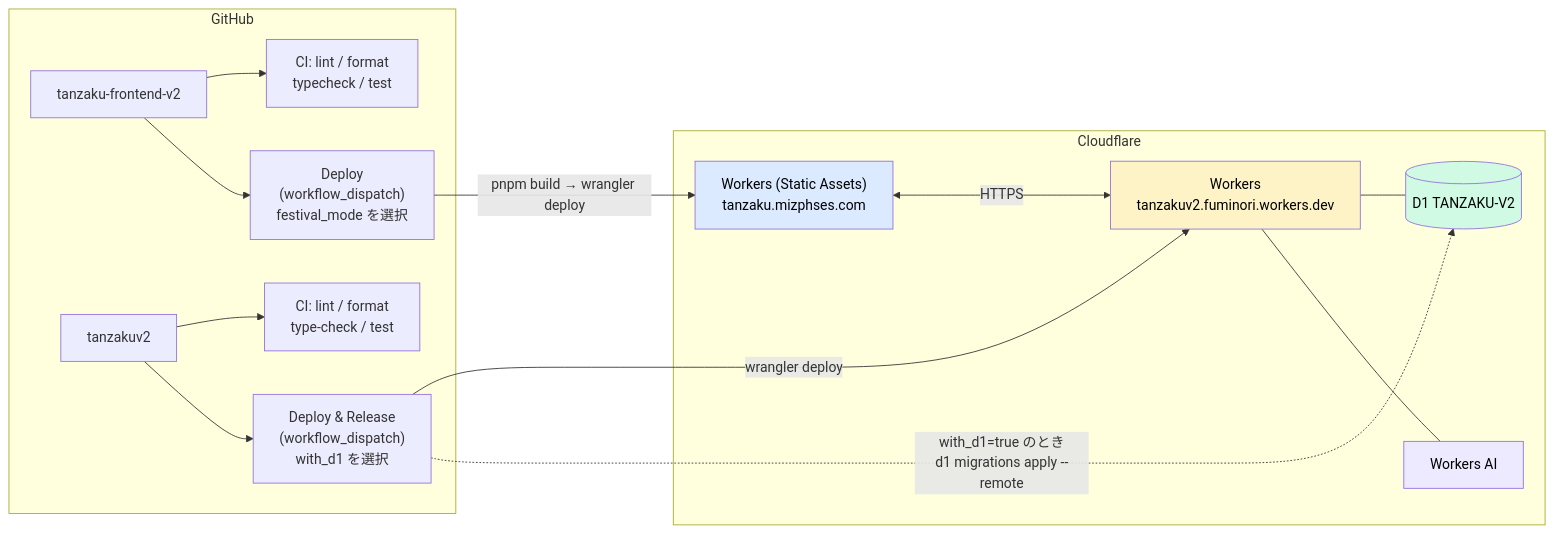
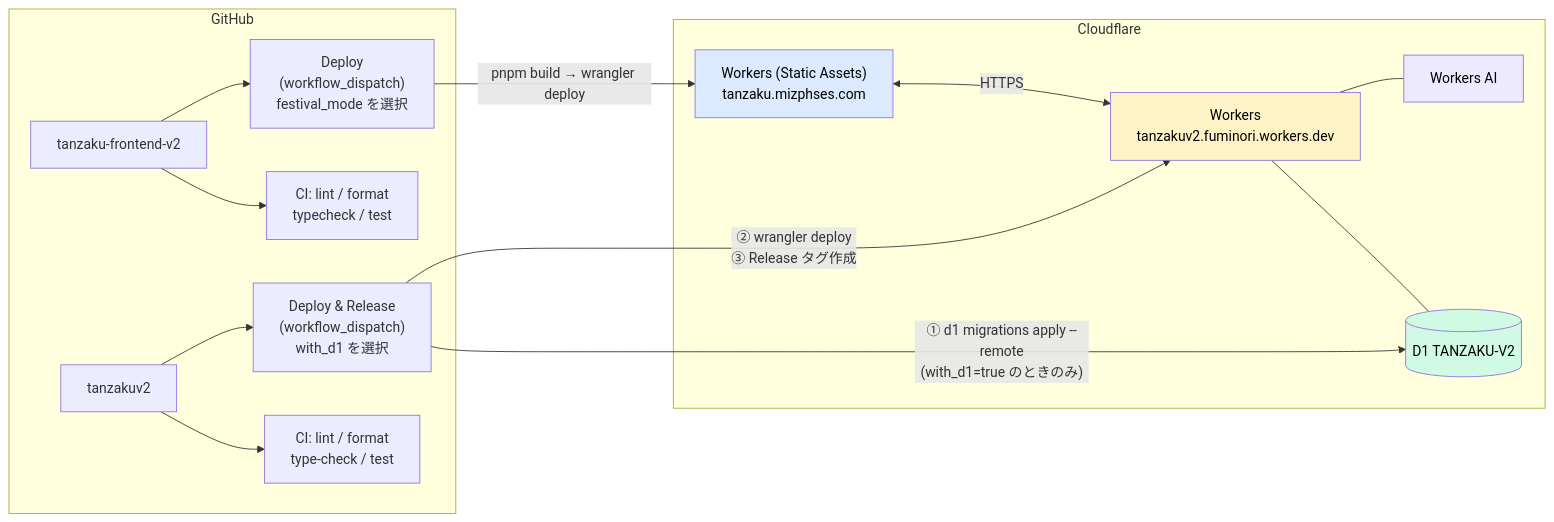
Before and after one commit to itl-marubu/tanzakuv2: the ninth of 9 diagrams in docs/system-overview.md, drawn with Mermaid. The commit also changed other lines of this file, not shown here.

````diff
--- a/docs/system-overview.md
+++ b/docs/system-overview.md
@@ -530,32 +532,33 @@
 ```mermaid
 graph LR
     subgraph GH["GitHub"]
         FE_Repo["tanzaku-frontend-v2"]
         BE_Repo["tanzakuv2"]
         CI_FE["CI: lint / format<br/>typecheck / test"]
         CI_BE["CI: lint / format<br/>type-check / test"]
         WF_FE["Deploy<br/>(workflow_dispatch)<br/>festival_mode を選択"]
         WF_BE["Deploy & Release<br/>(workflow_dispatch)<br/>with_d1 を選択"]
     end
 
     subgraph CF["Cloudflare"]
         CF_FE["Workers (Static Assets)<br/>tanzaku.mizphses.com"]
         CF_BE["Workers<br/>tanzakuv2.fuminori.workers.dev"]
         D1[("D1 TANZAKU-V2")]
         CF_AI["Workers AI"]
     end
 
     FE_Repo --> CI_FE
     BE_Repo --> CI_BE
     FE_Repo --> WF_FE -->|"pnpm build → wrangler deploy"| CF_FE
-    BE_Repo --> WF_BE -->|"wrangler deploy"| CF_BE
-    WF_BE -.->|"with_d1=true のとき<br/>d1 migrations apply --remote"| D1
+    BE_Repo --> WF_BE
+    WF_BE -->|"① d1 migrations apply --remote<br/>(with_d1=true のときのみ)"| D1
+    WF_BE -->|"② wrangler deploy<br/>③ Release タグ作成"| CF_BE
     CF_BE --- D1
     CF_BE --- CF_AI
     CF_FE <-->|"HTTPS"| CF_BE
 
     style CF_FE fill:#dbeafe,color:#000
     style CF_BE fill:#fef3c7,color:#000
     style D1 fill:#d1fae5,color:#000
     style CF_AI fill:#ede9fe,color:#000
 ```
````
